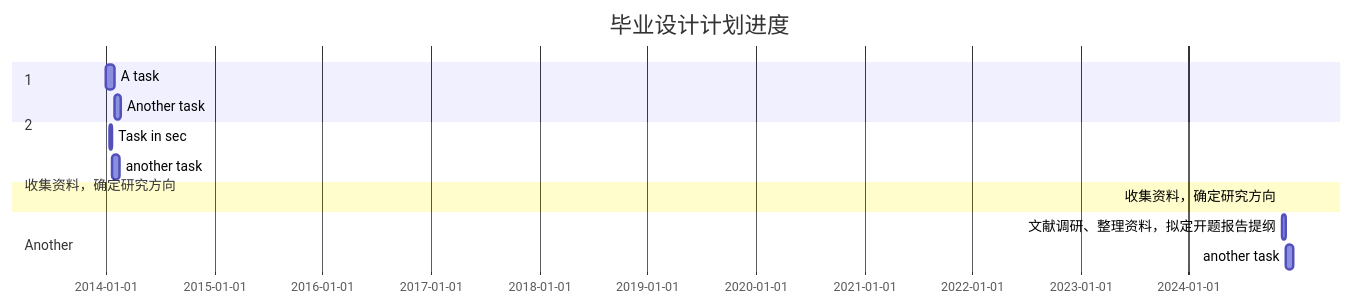
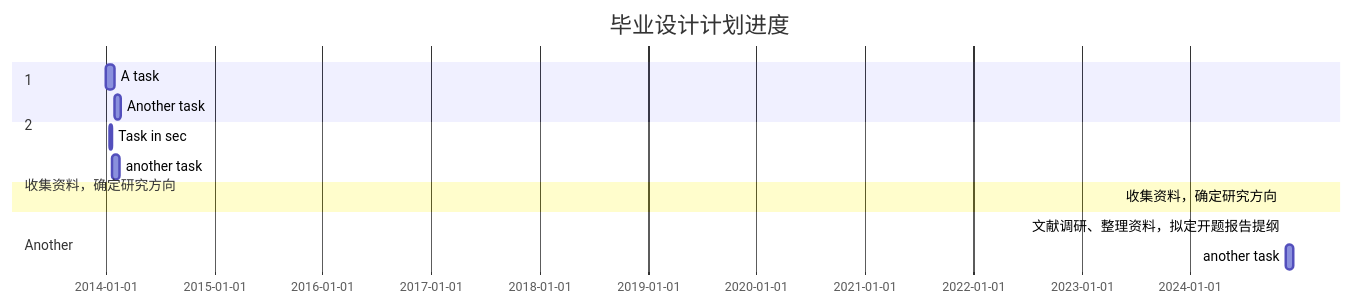
One commit to Kelseyyz/iodraw-files changed the diagram in all/未命名.md. Above: the diagram before and after it, drawn with Mermaid.

Commit message:
2024-12-30 11:01:33 update

````diff
--- a/all/未命名.md
+++ b/all/未命名.md
@@ -1,20 +1,20 @@
 ```mermaid
 gantt
     title 毕业设计计划进度
     dateFormat  YYYY-MM-DD
     
     section 收集资料，确定研究方向
     A task           :a1, 2014-01-01, 30d
     Another task     :after a1  , 20d
     section Another
     Task in sec      :2014-01-12  , 12d
     another task      : 24d
 
 
     section 1
     收集资料，确定研究方向           : 2024-11-10, 
 
     section 2
-    文献调研、整理资料，拟定开题报告提纲      :2024-11-12  , 12d
+    文献调研、整理资料，拟定开题报告提纲      :2024-11-20  , 
     another task      : 24d
 ```
````
